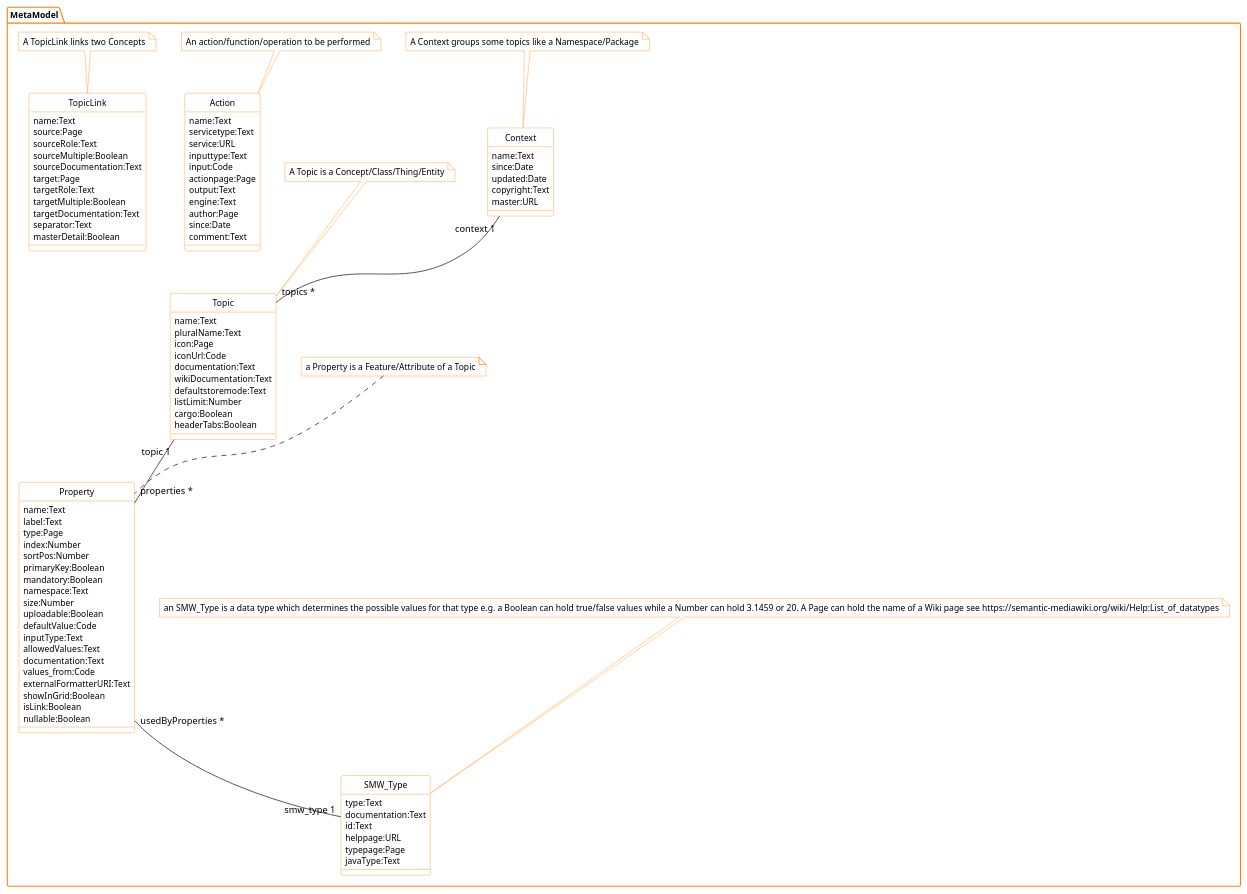
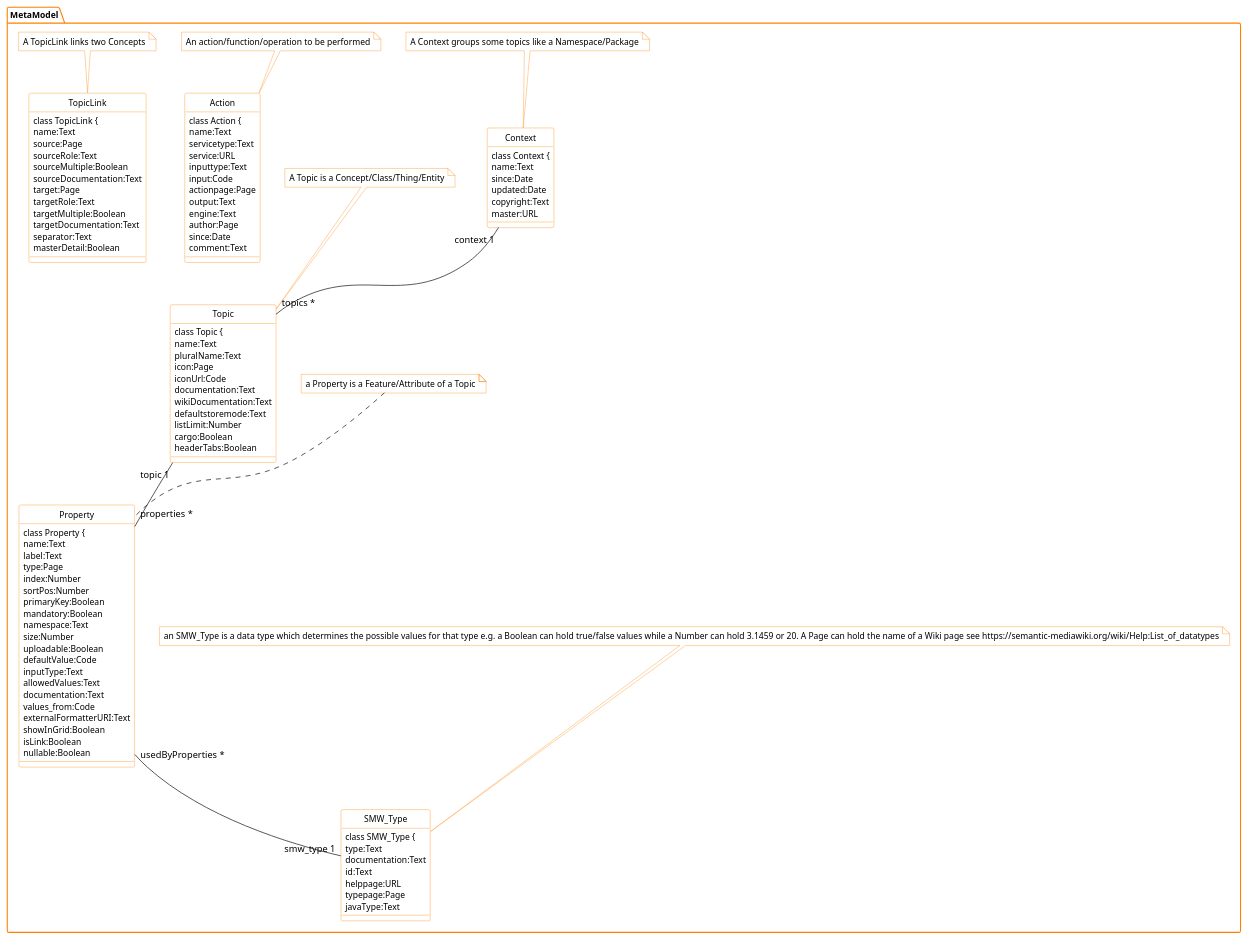
Before and after one commit to WolfgangFahl/pyMetaModel: the diagram in metamodel.puml, drawn with PlantUML.

Commit message:
updates copyright and uses f-string generated code

```diff
--- a/metamodel.puml
+++ b/metamodel.puml
@@ -1,179 +1,185 @@
 @startuml
 package MetaModel {
+  class Context {
   class Context {
     name:Text
     since:Date
     updated:Date
     copyright:Text
     master:URL
   }
 Note top of Context
 A Context groups some topics like a Namespace/Package
 End note
+  class Property {
   class Property {
     name:Text
     label:Text
     type:Page
     index:Number
     sortPos:Number
     primaryKey:Boolean
     mandatory:Boolean
     namespace:Text
     size:Number
     uploadable:Boolean
     defaultValue:Code
     inputType:Text
     allowedValues:Text
     documentation:Text
     values_from:Code
     externalFormatterURI:Text
     showInGrid:Boolean
     isLink:Boolean
     nullable:Boolean
   }
 Note top of Property
 a Property is a Feature/Attribute of a Topic
 End note
   class SMW_Type {
+  class SMW_Type {
     type:Text
     documentation:Text
     id:Text
     helppage:URL
     typepage:Page
     javaType:Text
   }
 Note top of SMW_Type
 an SMW_Type is a data type which determines the possible values for that type e.g. a Boolean can hold true/false values while a Number can hold 3.1459 or 20. A Page can hold the name of a Wiki page see https://semantic-mediawiki.org/wiki/Help:List_of_datatypes
 End note
+  class Topic {
   class Topic {
     name:Text
     pluralName:Text
     icon:Page
     iconUrl:Code
     documentation:Text
     wikiDocumentation:Text
     defaultstoremode:Text
     listLimit:Number
     cargo:Boolean
     headerTabs:Boolean
   }
 Note top of Topic
 A Topic is a Concept/Class/Thing/Entity
 End note
   class Action {
+  class Action {
     name:Text
     servicetype:Text
     service:URL
     inputtype:Text
     input:Code
     actionpage:Page
     output:Text
     engine:Text
     author:Page
     since:Date
     comment:Text
   }
 Note top of Action
 An action/function/operation to be performed
 End note
+  class TopicLink {
   class TopicLink {
     name:Text
     source:Page
     sourceRole:Text
     sourceMultiple:Boolean
     sourceDocumentation:Text
     target:Page
     targetRole:Text
     targetMultiple:Boolean
     targetDocumentation:Text
     separator:Text
     masterDetail:Boolean
   }
 Note top of TopicLink
 A TopicLink links two Concepts
 End note
 }
 Topic "topic 1" -- "properties *" Property
 Context "context 1" -- "topics *" Topic
 Property "usedByProperties *" -- "smw_type 1" SMW_Type
 
 ' BITPlan Corporate identity skin params
-' Copyright (c) 2015-2023 BITPlan GmbH
+' Copyright (c) 2015-2024 BITPlan GmbH
 ' see http://wiki.bitplan.com/PlantUmlSkinParams#BITPlanCI
 ' skinparams generated by com.bitplan.restmodelmanager
 skinparam note {
   BackGroundColor #FFFFFF
   FontSize 12
   ArrowColor #FF8000
   BorderColor #FF8000
   FontColor black
   FontName Technical
 }
 skinparam component {
   BackGroundColor #FFFFFF
   FontSize 12
   ArrowColor #FF8000
   BorderColor #FF8000
   FontColor black
   FontName Technical
 }
 skinparam package {
   BackGroundColor #FFFFFF
   FontSize 12
   ArrowColor #FF8000
   BorderColor #FF8000
   FontColor black
   FontName Technical
 }
 skinparam usecase {
   BackGroundColor #FFFFFF
   FontSize 12
   ArrowColor #FF8000
   BorderColor #FF8000
   FontColor black
   FontName Technical
 }
 skinparam activity {
   BackGroundColor #FFFFFF
   FontSize 12
   ArrowColor #FF8000
   BorderColor #FF8000
   FontColor black
   FontName Technical
 }
 skinparam classAttribute {
   BackGroundColor #FFFFFF
   FontSize 12
   ArrowColor #FF8000
   BorderColor #FF8000
   FontColor black
   FontName Technical
 }
 skinparam interface {
   BackGroundColor #FFFFFF
   FontSize 12
   ArrowColor #FF8000
   BorderColor #FF8000
   FontColor black
   FontName Technical
 }
 skinparam class {
   BackGroundColor #FFFFFF
   FontSize 12
   ArrowColor #FF8000
   BorderColor #FF8000
   FontColor black
   FontName Technical
 }
 skinparam object {
   BackGroundColor #FFFFFF
   FontSize 12
   ArrowColor #FF8000
   BorderColor #FF8000
   FontColor black
   FontName Technical
 }
 hide Circle
 ' end of skinparams '
 
 @enduml
```
